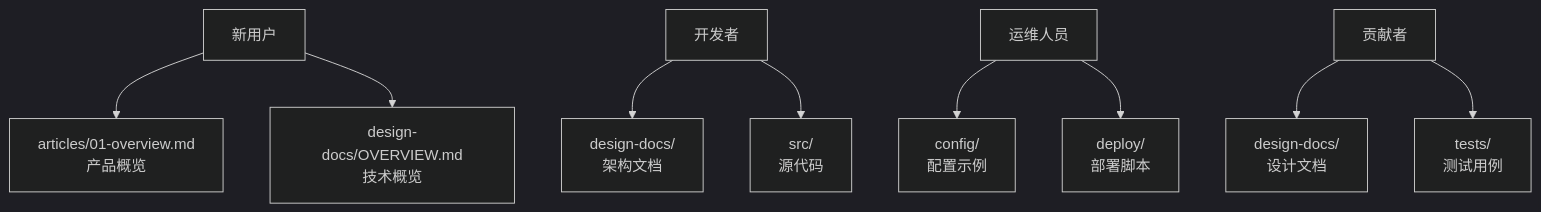
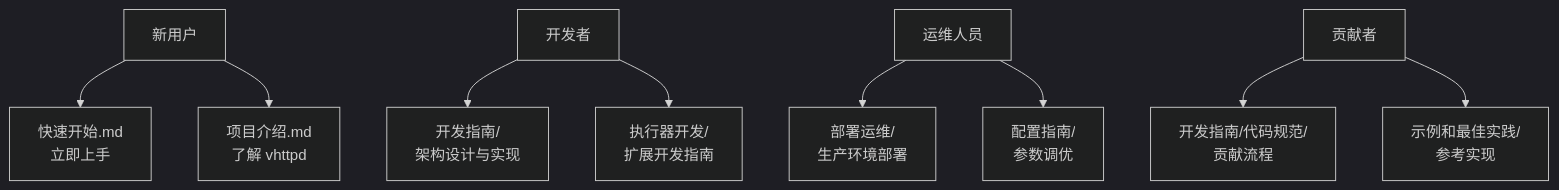
Before and after one commit to guweigang/vhttpd: the third of 8 diagrams in .qoder/repowiki/zh/content/项目概述/项目概述.md, drawn with Mermaid (dark theme). The commit also changed other lines of this file and 369 other files, not shown here.

````diff
--- a/.qoder/repowiki/zh/content/项目概述/项目概述.md
+++ b/.qoder/repowiki/zh/content/项目概述/项目概述.md
@@ -92,11 +140,11 @@
 ```mermaid
 flowchart TD
-A["新用户"] --> B["articles/01-overview.md<br/>产品概览"]
-A --> C["design-docs/OVERVIEW.md<br/>技术概览"]
-D["开发者"] --> E["design-docs/<br/>架构文档"]
-D --> F["src/<br/>源代码"]
-G["运维人员"] --> H["config/<br/>配置示例"]
-G --> I["deploy/<br/>部署脚本"]
-J["贡献者"] --> K["design-docs/<br/>设计文档"]
-J --> L["tests/<br/>测试用例"]
+A["新用户"] --> B["快速开始.md<br/>立即上手"]
+A --> C["项目介绍.md<br/>了解 vhttpd"]
+D["开发者"] --> E["开发指南/<br/>架构设计与实现"]
+D --> F["执行器开发/<br/>扩展开发指南"]
+G["运维人员"] --> H["部署运维/<br/>生产环境部署"]
+G --> I["配置指南/<br/>参数调优"]
+J["贡献者"] --> K["开发指南/代码规范/<br/>贡献流程"]
+J --> L["示例和最佳实践/<br/>参考实现"]
 ```
````
